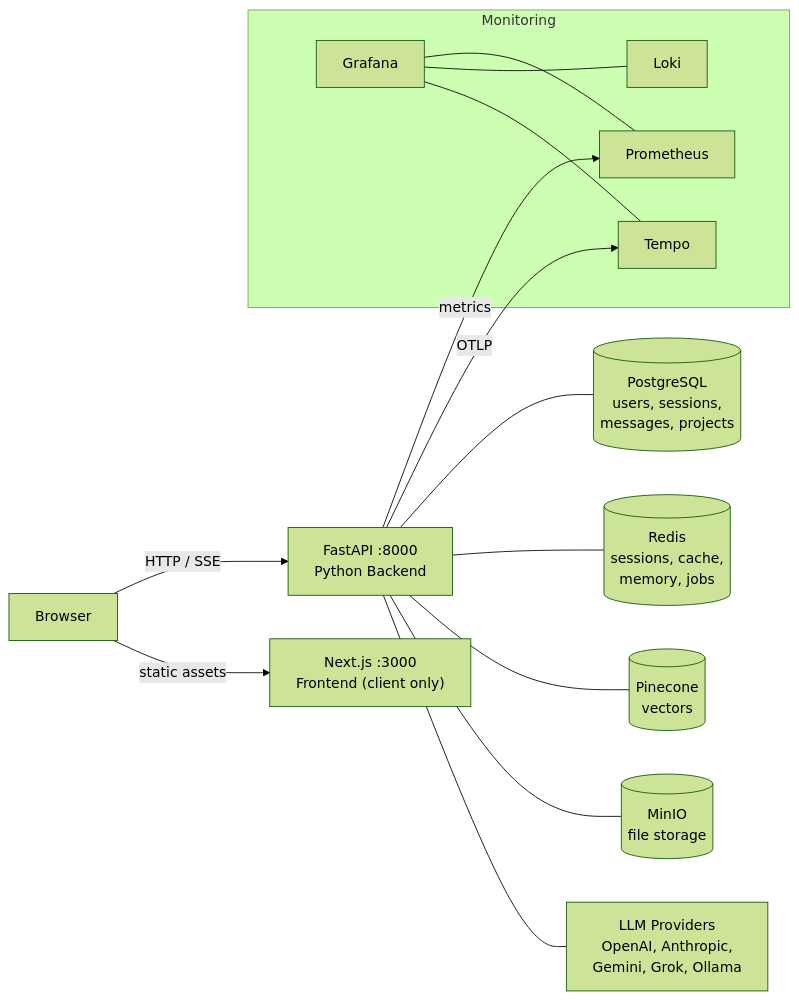
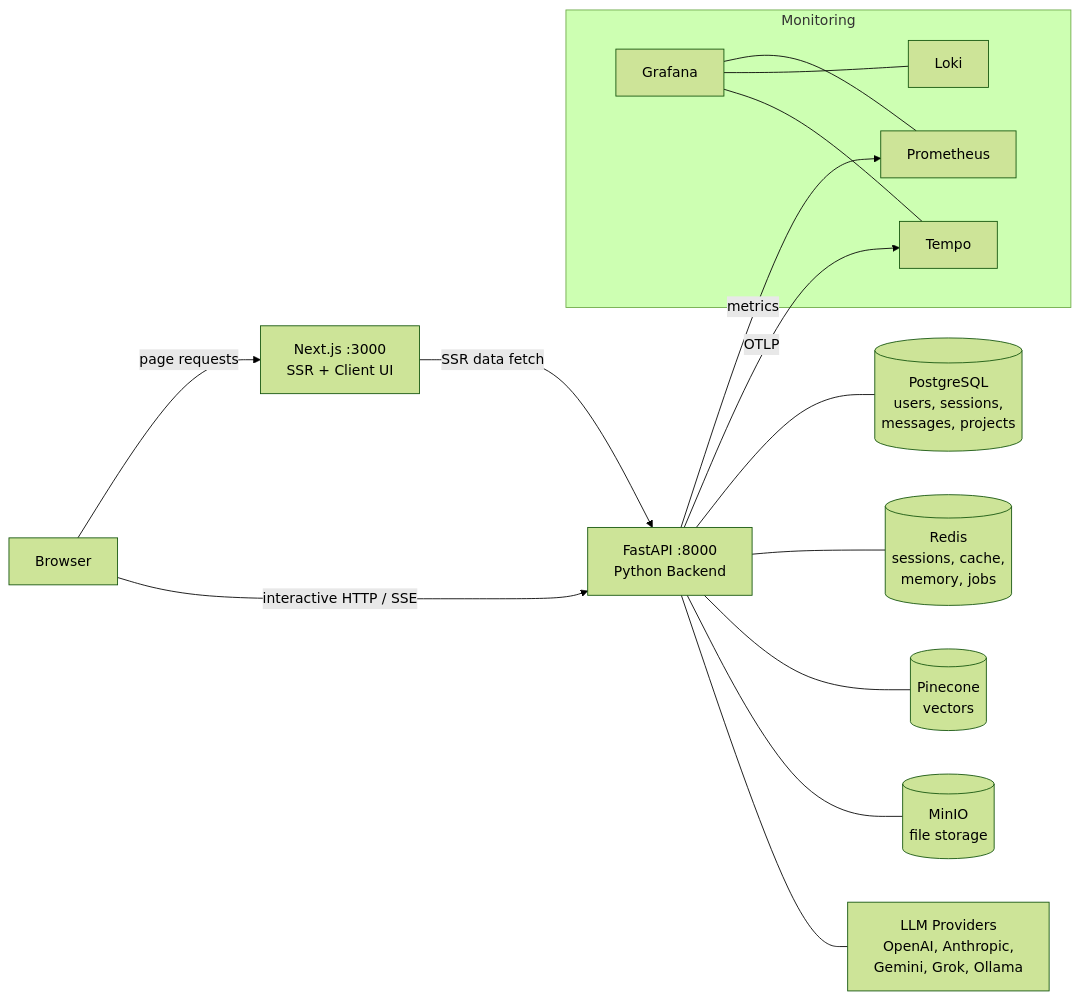
Before and after one commit to Pragadeesh122/AgenticRag: the first of 3 diagrams in docs/architecture/overview.md, drawn with Mermaid (forest theme). The commit also changed other lines of this file and 12 other files, not shown here.

Commit message:
Documentation sync with current architecture

````diff
--- a/docs/architecture/overview.md
+++ b/docs/architecture/overview.md
@@ -7,24 +7,25 @@
 ```mermaid
 graph LR
-    Browser -->|HTTP / SSE| FastAPI["FastAPI :8000<br/>Python Backend"]
-    Browser -->|static assets| NextJS["Next.js :3000<br/>Frontend (client only)"]
+    Browser -->|page requests| NextJS["Next.js :3000<br/>SSR + Client UI"]
+    Browser -->|interactive HTTP / SSE| FastAPI["FastAPI :8000<br/>Python Backend"]
+    NextJS -->|SSR data fetch| FastAPI
 
     FastAPI --- DB[("PostgreSQL<br/>users, sessions,<br/>messages, projects")]
     FastAPI --- Redis[("Redis<br/>sessions, cache,<br/>memory, jobs")]
     FastAPI --- Pinecone[("Pinecone<br/>vectors")]
     FastAPI --- MinIO[("MinIO<br/>file storage")]
     FastAPI --- LLM["LLM Providers<br/>OpenAI, Anthropic,<br/>Gemini, Grok, Ollama"]
 
     subgraph Monitoring
         Prometheus
         Loki
         Tempo
         Grafana
     end
 
     FastAPI -->|metrics| Prometheus
     FastAPI -->|OTLP| Tempo
     Grafana --- Prometheus
     Grafana --- Loki
     Grafana --- Tempo
 ```
````
